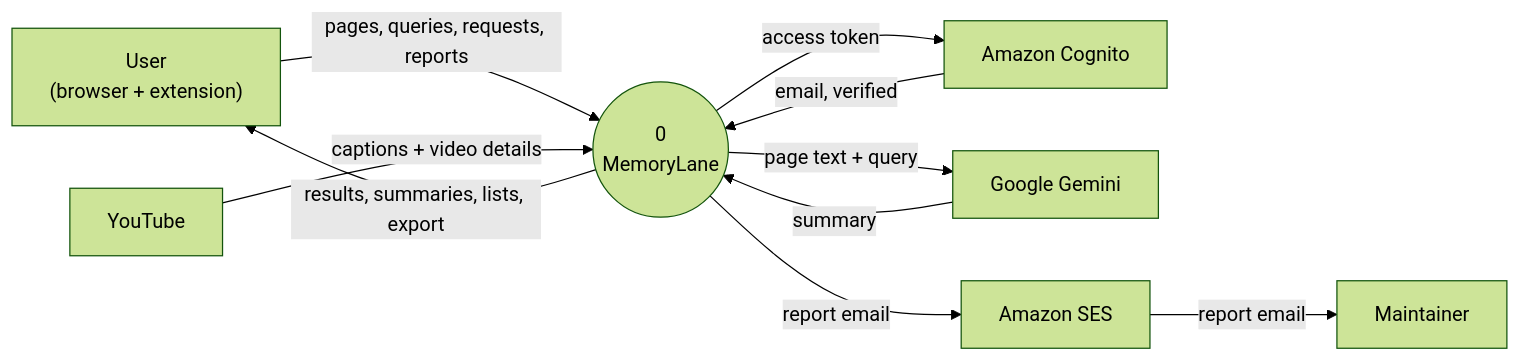
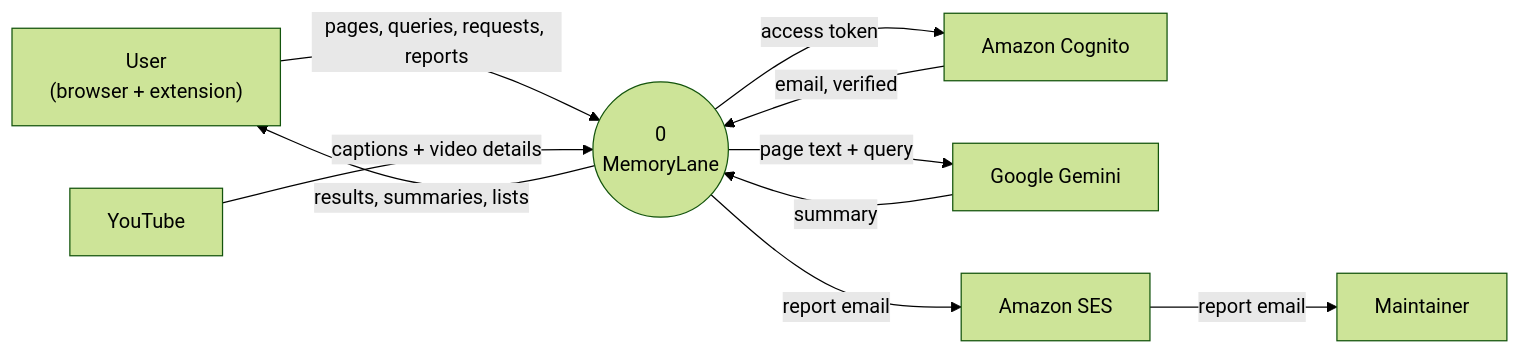
One commit to rabeeh18/ucs503p-202627-MemoryLane changed the first of 3 diagrams in docs/architecture/data-flow.md. Above: the diagram before and after it, drawn with Mermaid (forest theme). The commit also changed other lines of this file and 23 other files, not shown here.

````diff
--- a/docs/architecture/data-flow.md
+++ b/docs/architecture/data-flow.md
@@ -9,21 +9,21 @@
 ```mermaid
 flowchart LR
     user["User<br/>(browser + extension)"]
     cognito["Amazon Cognito"]
     youtube["YouTube"]
     gemini["Google Gemini"]
     ses["Amazon SES"]
     admin["Maintainer"]
 
     ml(("0<br/>MemoryLane"))
 
     user -- "pages, queries, requests, reports" --> ml
-    ml -- "results, summaries, lists, export" --> user
+    ml -- "results, summaries, lists" --> user
     youtube -- "captions + video details" --> ml
     ml -- "access token" --> cognito
     cognito -- "email, verified" --> ml
     ml -- "page text + query" --> gemini
     gemini -- "summary" --> ml
     ml -- "report email" --> ses
     ses -- "report email" --> admin
 ```
````
